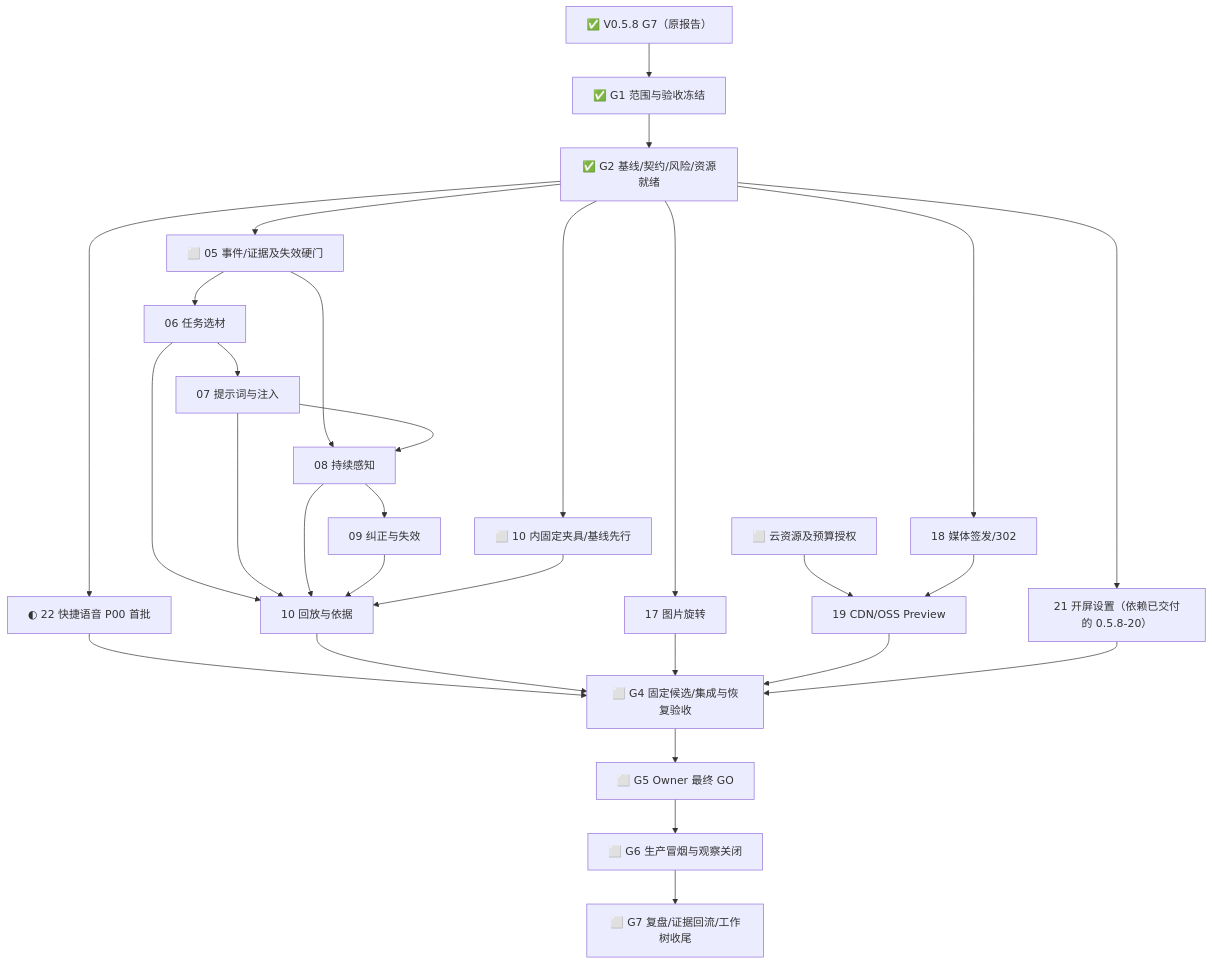
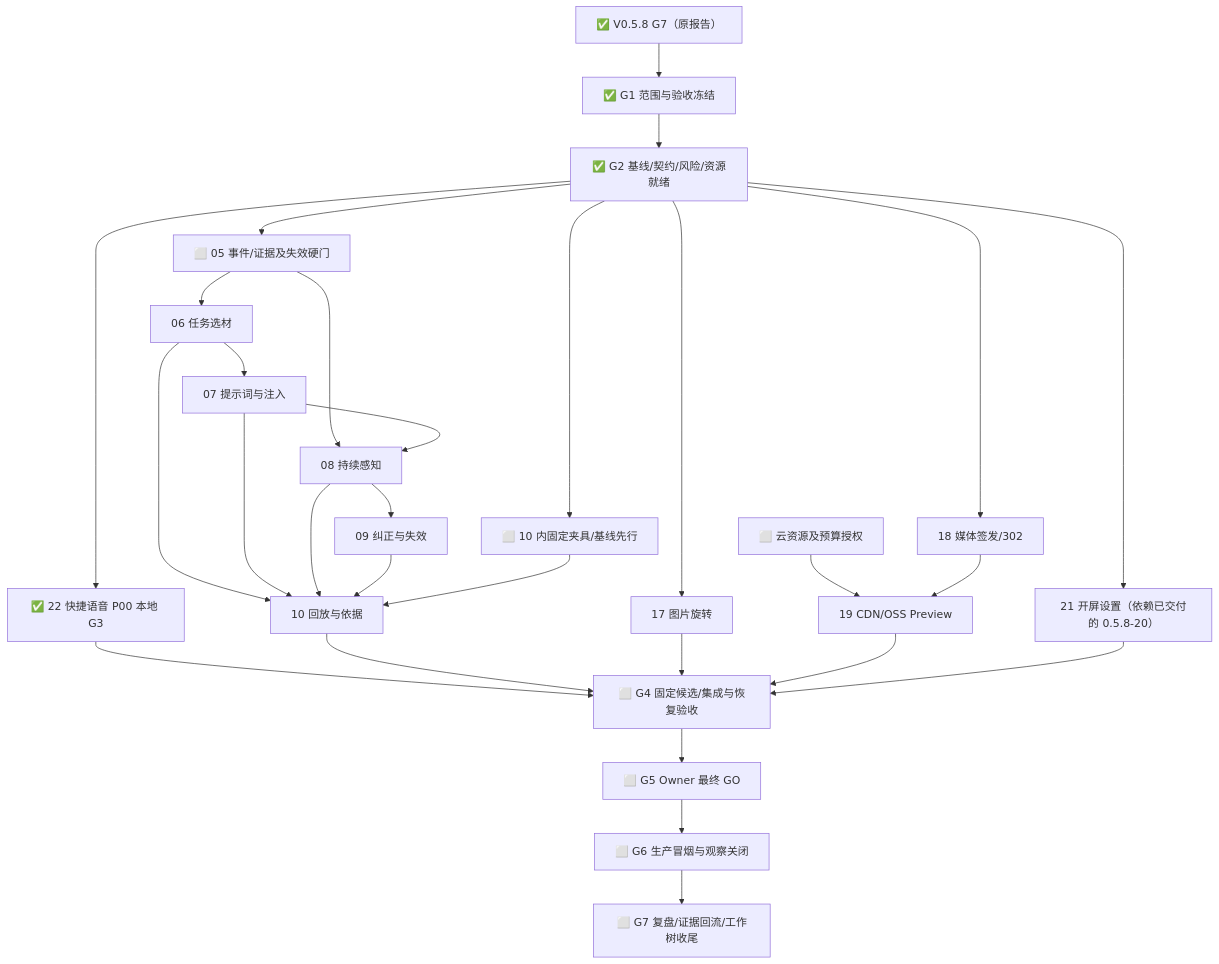
The diagram in reports/iteration-plan-v0.5.9-2026-10-06.md (77Liu/for-now), drawn with Mermaid before and after one commit. The commit also changed other lines of this file and 2 other files, not shown here.

````diff
--- a/reports/iteration-plan-v0.5.9-2026-10-06.md
+++ b/reports/iteration-plan-v0.5.9-2026-10-06.md
@@ -163,31 +163,31 @@
 ```mermaid
 flowchart TD
   A["✅ V0.5.8 G7（原报告）"] --> P["✅ G1 范围与验收冻结"]
   P --> Q["✅ G2 基线/契约/风险/资源就绪"]
-  Q --> L["◐ 22 快捷语音 P00 首批"]
+  Q --> L["✅ 22 快捷语音 P00 本地 G3"]
   Q --> B["⬜ 05 事件/证据及失效硬门"]
   B --> C["06 任务选材"]
   C --> D["07 提示词与注入"]
   B --> E["08 持续感知"]
   D --> E
   E --> F["09 纠正与失效"]
   C --> G["10 回放与依据"]
   D --> G
   E --> G
   F --> G
   Q --> T["⬜ 10 内固定夹具/基线先行"]
   T --> G
   Q --> H["17 图片旋转"]
   Q --> I["18 媒体签发/302"]
   U["⬜ 云资源及预算授权"] --> J
   I --> J["19 CDN/OSS Preview"]
   Q --> K["21 开屏设置（依赖已交付的 0.5.8-20）"]
   L --> M["⬜ G4 固定候选/集成与恢复验收"]
   G --> M
   H --> M
   J --> M
   K --> M
   M --> R["⬜ G5 Owner 最终 GO"]
   R --> S["⬜ G6 生产冒烟与观察关闭"]
   S --> V["⬜ G7 复盘/证据回流/工作树收尾"]
 ```
````
